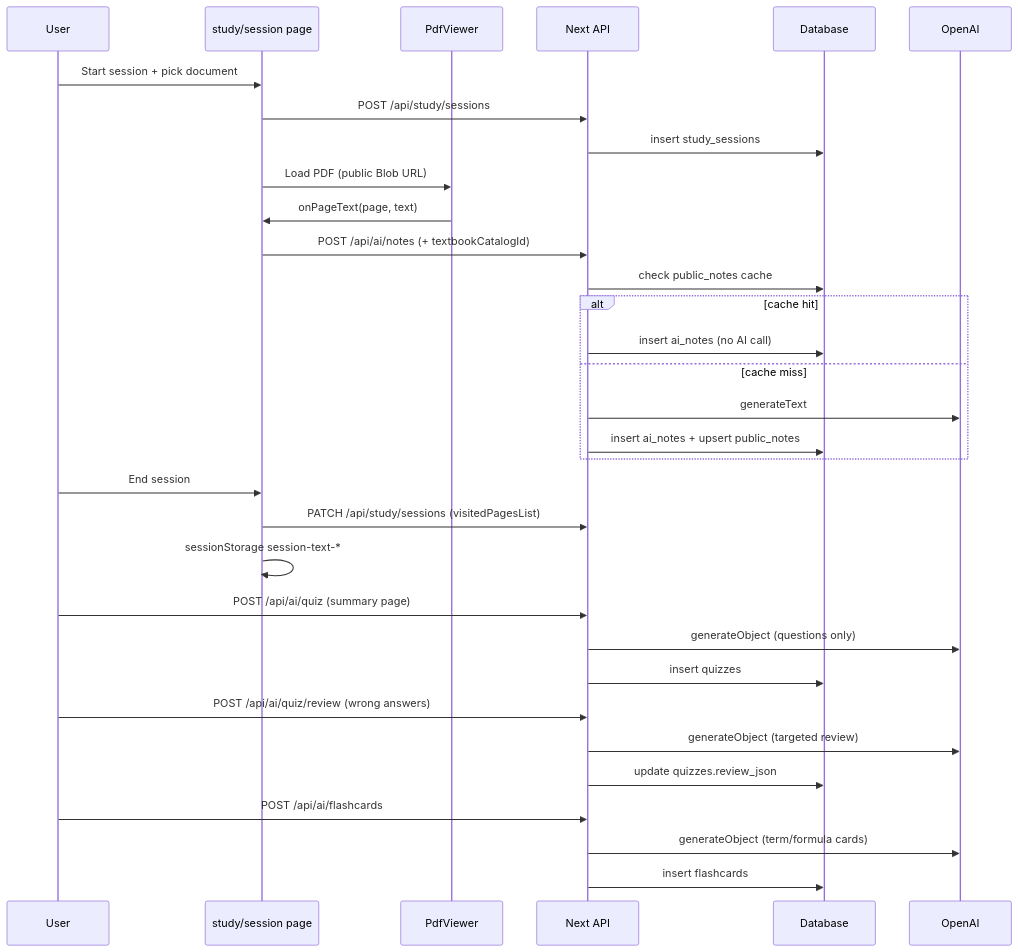
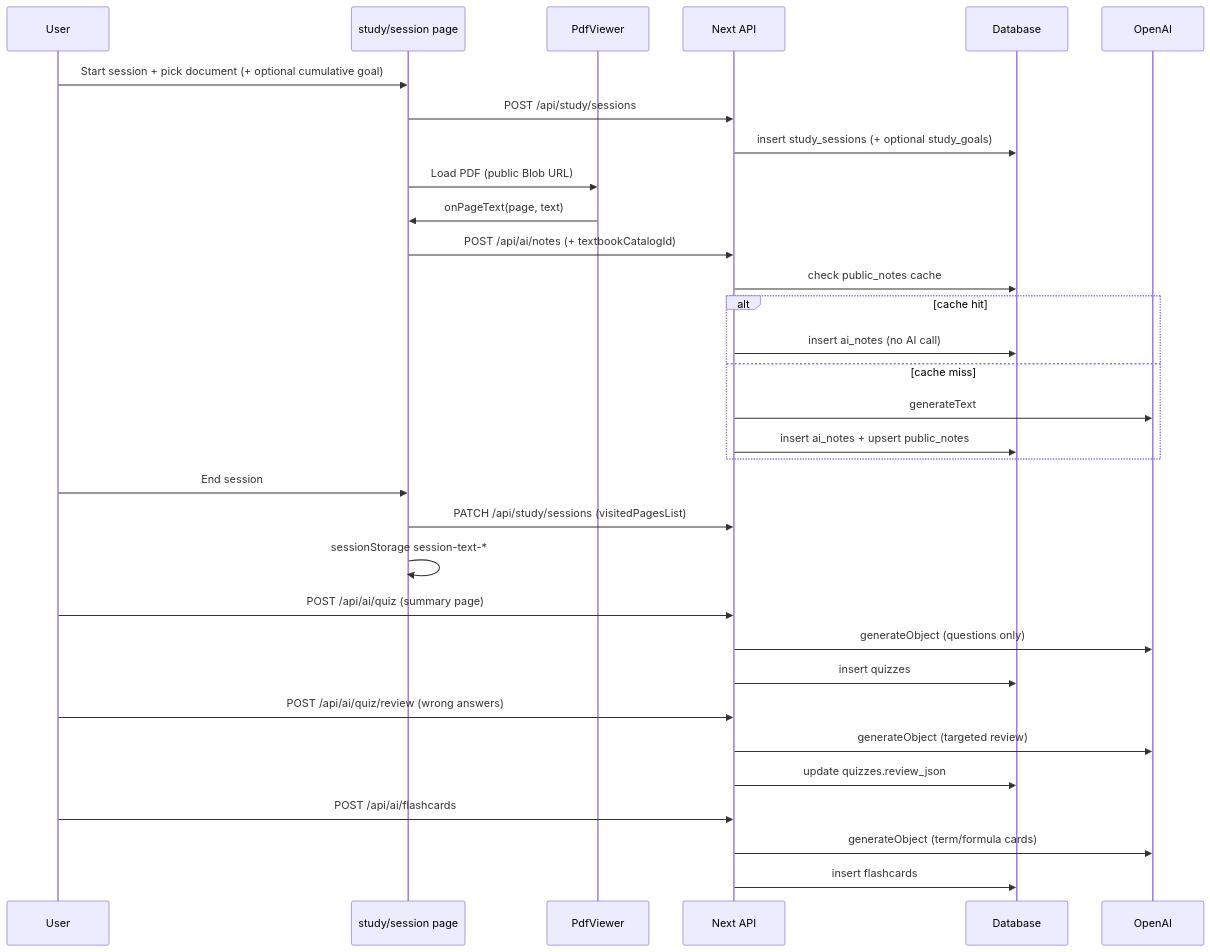
The second of 2 diagrams in docs/ARCHITECTURE.md (DragxnScale/idk), drawn with Mermaid before and after one commit. The commit also changed other lines of this file and 6 other files, not shown here.

First line of the commit message:
feat(study): pause/resume sessions, resume page prompt, multi-session goals

````diff
--- a/docs/ARCHITECTURE.md
+++ b/docs/ARCHITECTURE.md
@@ -533,35 +535,35 @@
 ```mermaid
 sequenceDiagram
   participant U as User
   participant SP as study/session page
   participant PV as PdfViewer
   participant API as Next API
   participant DB as Database
   participant AI as OpenAI
 
-  U->>SP: Start session + pick document
+  U->>SP: Start session + pick document (+ optional cumulative goal)
   SP->>API: POST /api/study/sessions
-  API->>DB: insert study_sessions
+  API->>DB: insert study_sessions (+ optional study_goals)
   SP->>PV: Load PDF (public Blob URL)
   PV->>SP: onPageText(page, text)
   SP->>API: POST /api/ai/notes (+ textbookCatalogId)
   API->>DB: check public_notes cache
   alt cache hit
     API->>DB: insert ai_notes (no AI call)
   else cache miss
     API->>AI: generateText
     API->>DB: insert ai_notes + upsert public_notes
   end
   U->>SP: End session
   SP->>API: PATCH /api/study/sessions (visitedPagesList)
   SP->>SP: sessionStorage session-text-*
   U->>API: POST /api/ai/quiz (summary page)
   API->>AI: generateObject (questions only)
   API->>DB: insert quizzes
   U->>API: POST /api/ai/quiz/review (wrong answers)
   API->>AI: generateObject (targeted review)
   API->>DB: update quizzes.review_json
   U->>API: POST /api/ai/flashcards
   API->>AI: generateObject (term/formula cards)
   API->>DB: insert flashcards
 ```
````
